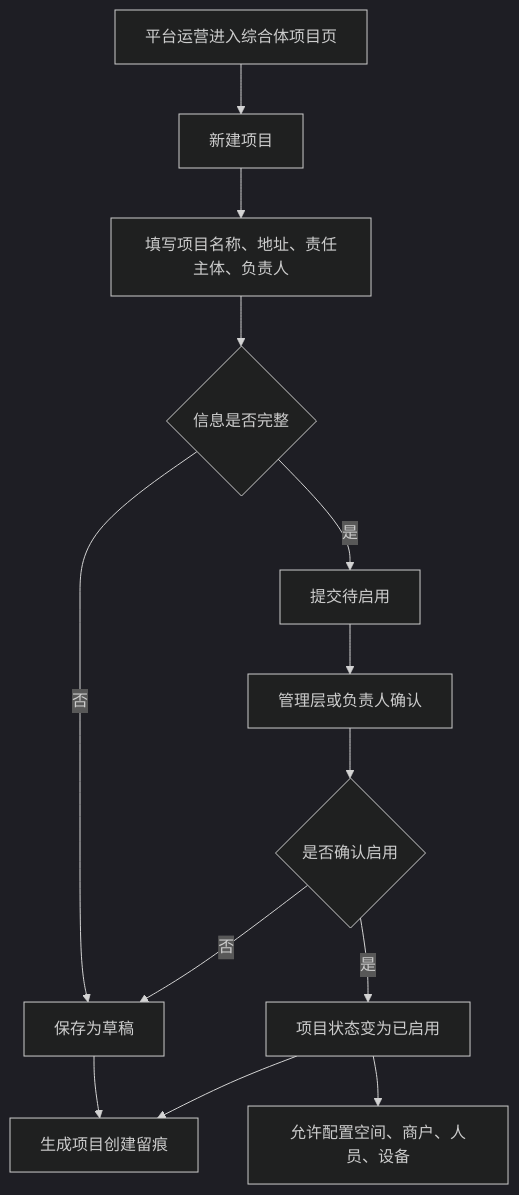
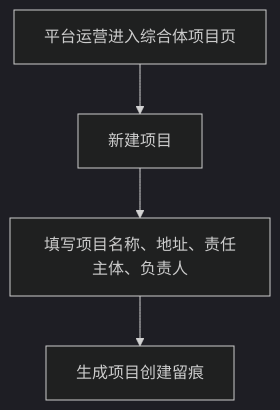
The second of 17 diagrams in docs/platform-governance-product-spec-v0.2.md (jxh1979/mall), drawn with Mermaid (dark theme) before and after one commit. The commit also changed other lines of this file and 4 other files, not shown here.

````diff
--- a/docs/platform-governance-product-spec-v0.2.md
+++ b/docs/platform-governance-product-spec-v0.2.md
@@ -1411,15 +1396,6 @@
 ```mermaid
 flowchart TD
     A["平台运营进入综合体项目页"] --> B["新建项目"]
     B --> C["填写项目名称、地址、责任主体、负责人"]
-    C --> D{"信息是否完整"}
-    D -- "否" --> E["保存为草稿"]
-    D -- "是" --> F["提交待启用"]
-    F --> G["管理层或负责人确认"]
-    G --> H{"是否确认启用"}
-    H -- "否" --> E
-    H -- "是" --> I["项目状态变为已启用"]
-    I --> J["允许配置空间、商户、人员、设备"]
-    E --> K["生成项目创建留痕"]
-    I --> K
+    C --> D["生成项目创建留痕"]
 ```
````
